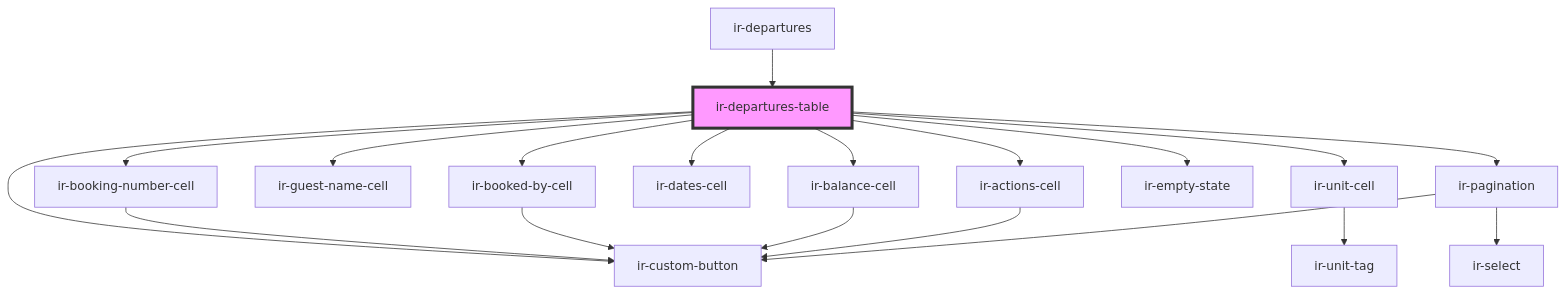
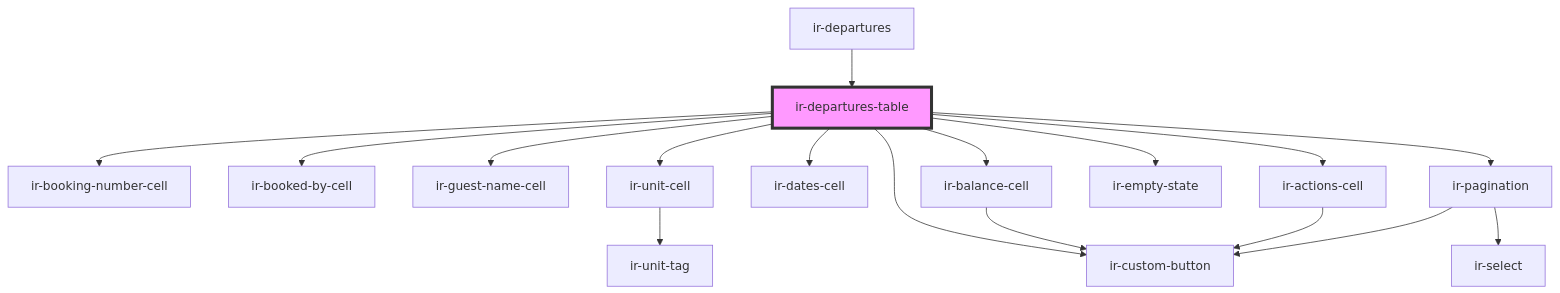
Before and after one commit to David1Chowaifaty/modified-ir-webcmp: the diagram in src/components/ir-departures/ir-departures-table/readme.md, drawn with Mermaid. The commit also changed 41 other files, not shown here.

````diff
--- a/src/components/ir-departures/ir-departures-table/readme.md
+++ b/src/components/ir-departures/ir-departures-table/readme.md
@@ -37,22 +37,20 @@
 ```mermaid
 graph TD;
   ir-departures-table --> ir-booking-number-cell
   ir-departures-table --> ir-booked-by-cell
   ir-departures-table --> ir-guest-name-cell
   ir-departures-table --> ir-unit-cell
   ir-departures-table --> ir-dates-cell
   ir-departures-table --> ir-balance-cell
   ir-departures-table --> ir-actions-cell
   ir-departures-table --> ir-custom-button
   ir-departures-table --> ir-empty-state
   ir-departures-table --> ir-pagination
-  ir-booking-number-cell --> ir-custom-button
-  ir-booked-by-cell --> ir-custom-button
   ir-unit-cell --> ir-unit-tag
   ir-balance-cell --> ir-custom-button
   ir-actions-cell --> ir-custom-button
   ir-pagination --> ir-select
   ir-pagination --> ir-custom-button
   ir-departures --> ir-departures-table
   style ir-departures-table fill:#f9f,stroke:#333,stroke-width:4px
 ```
````
